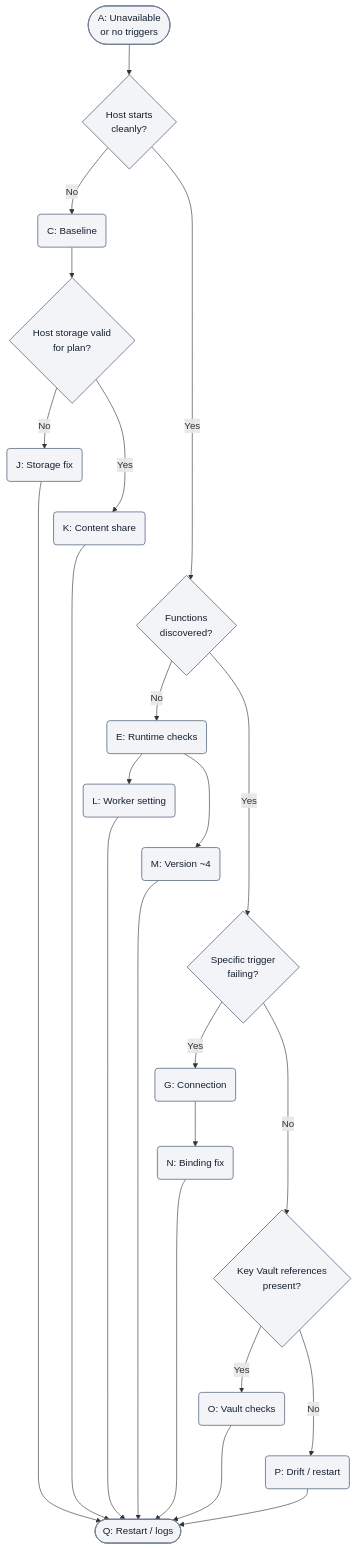
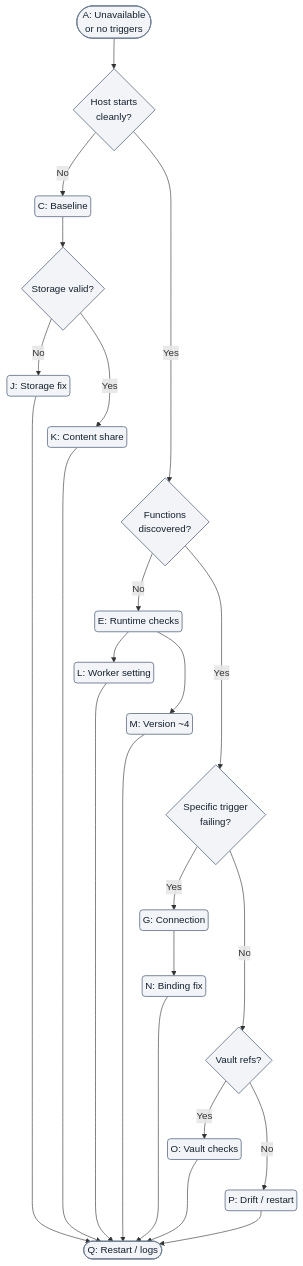
The first of 4 diagrams in docs/troubleshooting/playbooks/auth-config/app-settings-misconfiguration.md (yeongseon/azure-functions-practical-guide), drawn with Mermaid before and after one commit. The commit also changed other lines of this file, not shown here.

First line of the commit message:
docs(diagrams): improve app settings timeline and decision legibility

````diff
--- a/docs/troubleshooting/playbooks/auth-config/app-settings-misconfiguration.md
+++ b/docs/troubleshooting/playbooks/auth-config/app-settings-misconfiguration.md
@@ -84,37 +84,37 @@
 ```mermaid
-%%{init: {"flowchart":{"nodeSpacing":10}}}%%
+%%{init: {"flowchart":{"nodeSpacing":10,"padding":5}}}%%
 flowchart TD
     accTitle: App settings diagnostic decisions
     accDescr: Illustrative checks for startup, discovery, trigger connections and Key Vault references; branches select checks, not confirmed causes. Use the evidence and disproof sections before mitigation.
     A(["A: Unavailable<br/>or no triggers"]) --> B{"Host starts<br/>cleanly?"}
     B -->|No| C("C: Baseline")
     B -->|Yes| D{"Functions<br/>discovered?"}
     D -->|No| E("E: Runtime checks")
     D -->|Yes| F{"Specific trigger<br/>failing?"}
     F -->|Yes| G("G: Connection")
-    F -->|No| H{"Key Vault references<br/>present?"}
-    C --> I{"Host storage valid<br/>for plan?"}
+    F -->|No| H{"Vault refs?"}
+    C --> I{"Storage valid?"}
     I -->|No| J("J: Storage fix")
     I -->|Yes| K("K: Content share")
     E --> L("L: Worker setting")
     E --> M("M: Version ~4")
     G --> N("N: Binding fix")
     H -->|Yes| O("O: Vault checks")
     H -->|No| P("P: Drift / restart")
     J --> Q(["Q: Restart / logs"])
     K --> Q
     L --> Q
     M --> Q
     N --> Q
     O --> Q
     P --> Q
     %% Layout-only links serialize checks; they add no diagnostic steps or arrows.
     J ~~~ K
     K ~~~ D
     L ~~~ M
     M ~~~ F
     N ~~~ H
     O ~~~ P
     classDef neutral fill:#f2f4f8,stroke:#707e93,stroke-width:1.5px,color:#14202e;
     class A,B,C,D,E,F,G,H,I,J,K,L,M,N,O,P,Q neutral;
 ```
````
